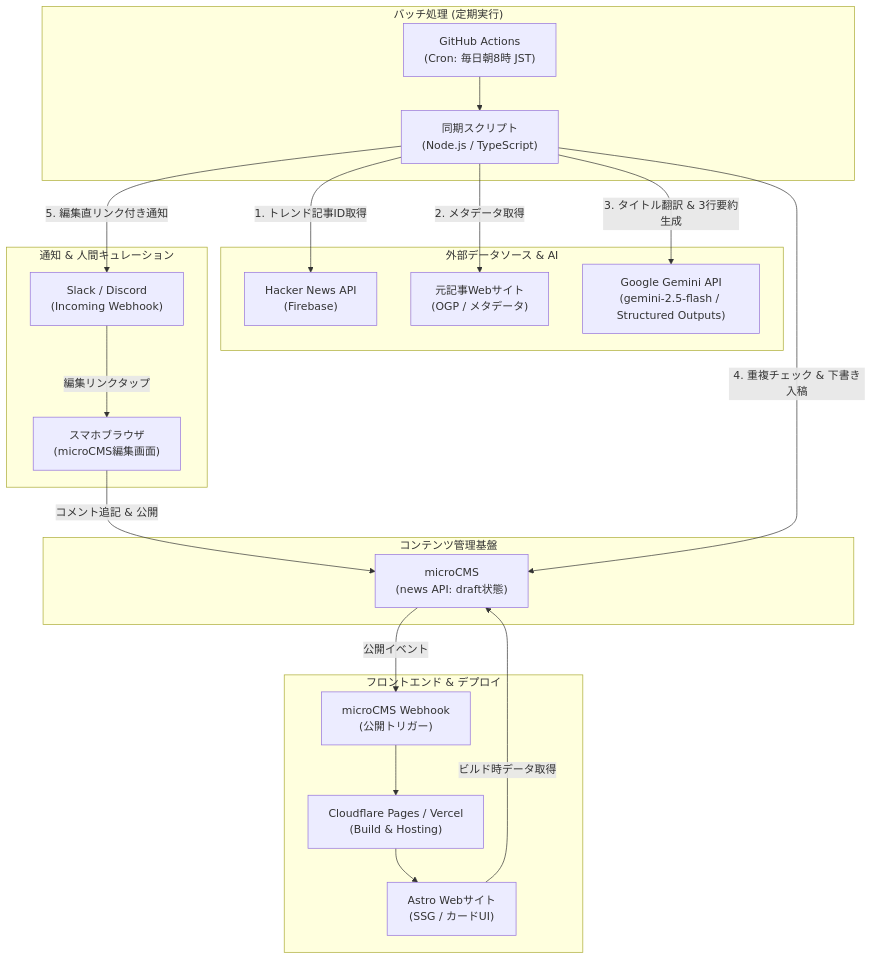
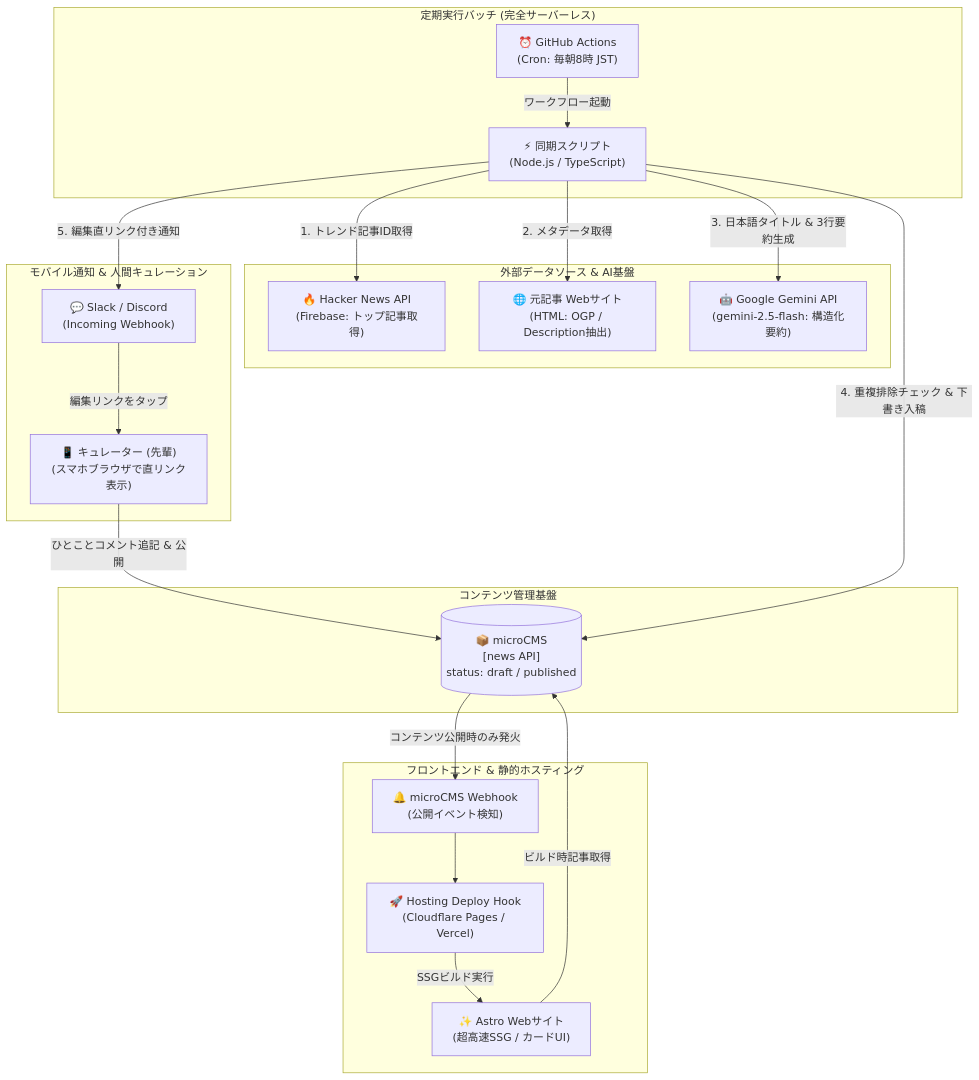
Before and after one commit to blacpans/hnmc: the first of 4 diagrams in docs/architecture.md, drawn with Mermaid. The commit also changed other lines of this file, not shown here.

````diff
--- a/docs/architecture.md
+++ b/docs/architecture.md
@@ -19,41 +17,48 @@
 ```mermaid
-graph TD
-    subgraph DataSources ["外部データソース & AI"]
-        HN["Hacker News API<br/>(Firebase)"]
-        Web["元記事Webサイト<br/>(OGP / メタデータ)"]
-        Gemini["Google Gemini API<br/>(gemini-2.5-flash / Structured Outputs)"]
+flowchart TD
+    %% 外部データソース & AI
+    subgraph ExternalSources ["外部データソース & AI基盤"]
+        HN["🔥 Hacker News API<br/>(Firebase: トップ記事取得)"]
+        Web["🌐 元記事 Webサイト<br/>(HTML: OGP / Description抽出)"]
+        Gemini["🤖 Google Gemini API<br/>(gemini-2.5-flash: 構造化要約)"]
     end
 
-    subgraph BatchSystem ["バッチ処理 (定期実行)"]
-        GHA["GitHub Actions<br/>(Cron: 毎日朝8時 JST)"]
-        SyncScript["同期スクリプト<br/>(Node.js / TypeScript)"]
-        GHA --> SyncScript
+    %% バッチシステム
+    subgraph BatchSystem ["定期実行バッチ (完全サーバーレス)"]
+        Cron["⏰ GitHub Actions<br/>(Cron: 毎朝8時 JST)"]
+        Script["⚡ 同期スクリプト<br/>(Node.js / TypeScript)"]
+        Cron -->|ワークフロー起動| Script
     end
 
+    %% ヘッドレスCMS
     subgraph HeadlessCMS ["コンテンツ管理基盤"]
-        MicroCMS["microCMS<br/>(news API: draft状態)"]
+        MicroCMS[("📦 microCMS<br/>[news API]<br/>status: draft / published")]
     end
 
-    subgraph NotificationAndUser ["通知 & 人間キュレーション"]
-        Slack["Slack / Discord<br/>(Incoming Webhook)"]
-        UserPhone["スマホブラウザ<br/>(microCMS編集画面)"]
-        Slack -->|編集リンクタップ| UserPhone
-        UserPhone -->|コメント追記 & 公開| MicroCMS
+    %% モバイル通知 & キュレーション
+    subgraph MobileCuration ["モバイル通知 & 人間キュレーション"]
+        Slack["💬 Slack / Discord<br/>(Incoming Webhook)"]
+        Smartphone["📱 キュレーター (先輩)<br/>(スマホブラウザで直リンク表示)"]
+        Slack -->|編集リンクをタップ| Smartphone
+        Smartphone -->|ひとことコメント追記 & 公開| MicroCMS
     end
 
-    subgraph FrontendAndHosting ["フロントエンド & デプロイ"]
-        Webhook["microCMS Webhook<br/>(公開トリガー)"]
-        Hosting["Cloudflare Pages / Vercel<br/>(Build & Hosting)"]
-        AstroSite["Astro Webサイト<br/>(SSG / カードUI)"]
-        MicroCMS -->|公開イベント| Webhook
-        Webhook --> Hosting
-        Hosting --> AstroSite
+    %% フロントエンド配信
+    subgraph WebHosting ["フロントエンド & 静的ホスティング"]
+        Webhook["🔔 microCMS Webhook<br/>(公開イベント検知)"]
+        DeployHook["🚀 Hosting Deploy Hook<br/>(Cloudflare Pages / Vercel)"]
+        AstroSite["✨ Astro Webサイト<br/>(超高速SSG / カードUI)"]
+        
+        MicroCMS -->|コンテンツ公開時のみ発火| Webhook
+        Webhook --> DeployHook
+        DeployHook -->|SSGビルド実行| AstroSite
+        AstroSite -->|ビルド時記事取得| MicroCMS
     end
 
-    SyncScript -->|1. トレンド記事ID取得| HN
-    SyncScript -->|2. メタデータ取得| Web
-    SyncScript -->|3. タイトル翻訳 & 3行要約生成| Gemini
-    SyncScript -->|4. 重複チェック & 下書き入稿| MicroCMS
-    SyncScript -->|5. 編集直リンク付き通知| Slack
-    AstroSite -->|ビルド時データ取得| MicroCMS
+    %% データ連携フロー
+    Script -->|1. トレンド記事ID取得| HN
+    Script -->|2. メタデータ取得| Web
+    Script -->|3. 日本語タイトル & 3行要約生成| Gemini
+    Script -->|4. 重複排除チェック & 下書き入稿| MicroCMS
+    Script -->|5. 編集直リンク付き通知| Slack
 ```
````
